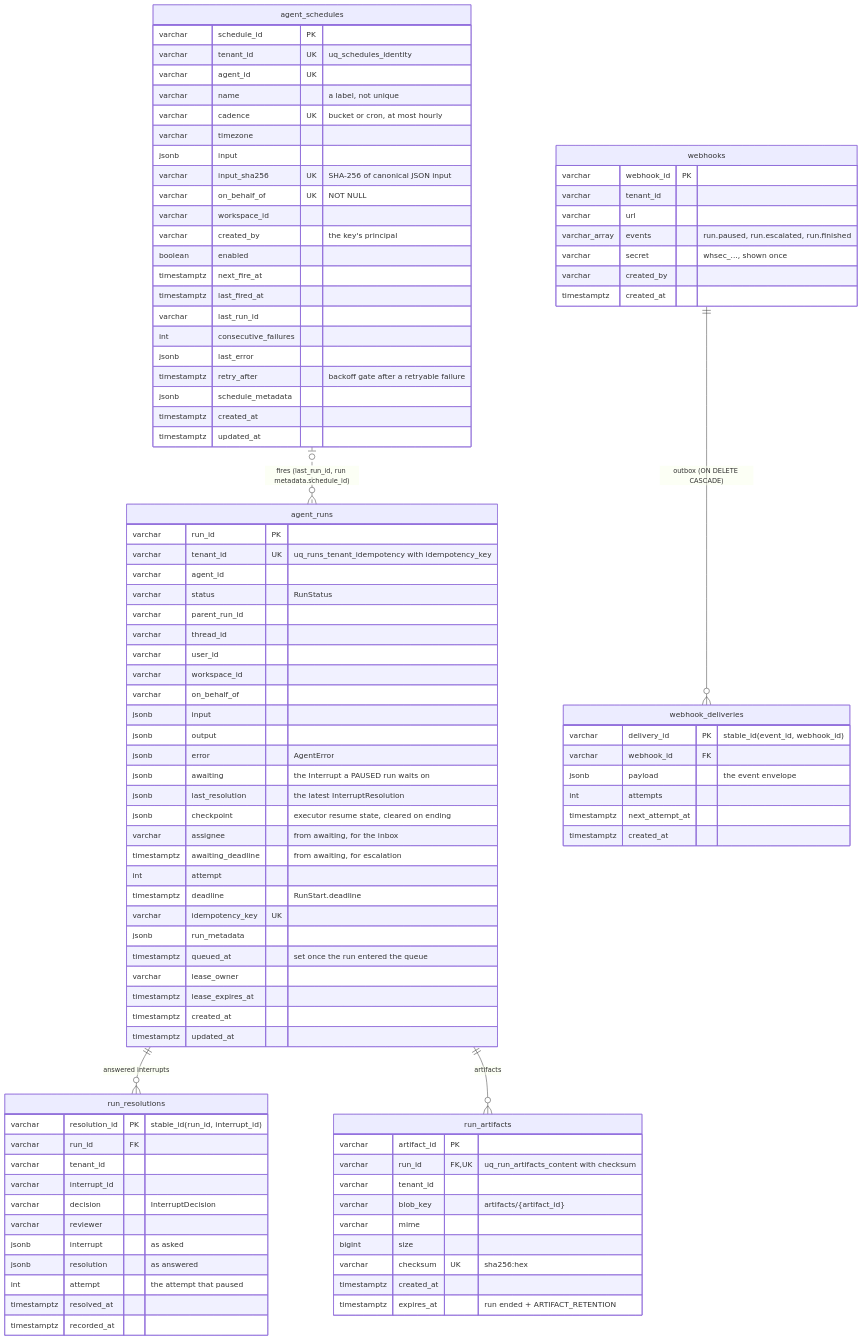
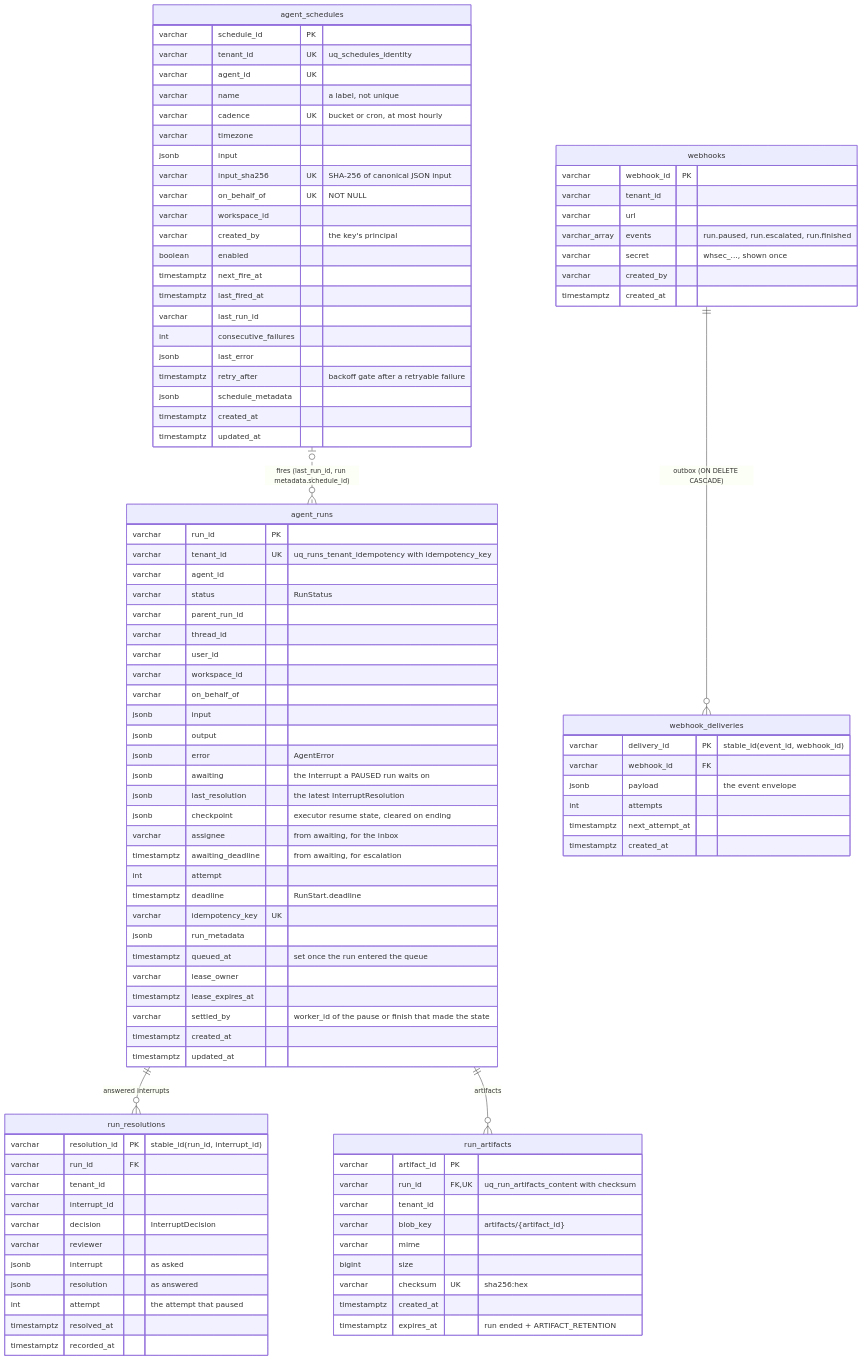
One commit to amitmohapatra/agent-runs changed the fifth of 5 diagrams in docs/ARCHITECTURE.md. Above: the diagram before and after it, drawn with Mermaid. The commit also changed other lines of this file and 57 other files, not shown here.

```diff
--- a/docs/ARCHITECTURE.md
+++ b/docs/ARCHITECTURE.md
@@ -278,6 +294,7 @@
     timestamptz queued_at "set once the run entered the queue"
     varchar lease_owner
     timestamptz lease_expires_at
+    varchar settled_by "worker_id of the pause or finish that made the state"
     timestamptz created_at
     timestamptz updated_at
   }
```
